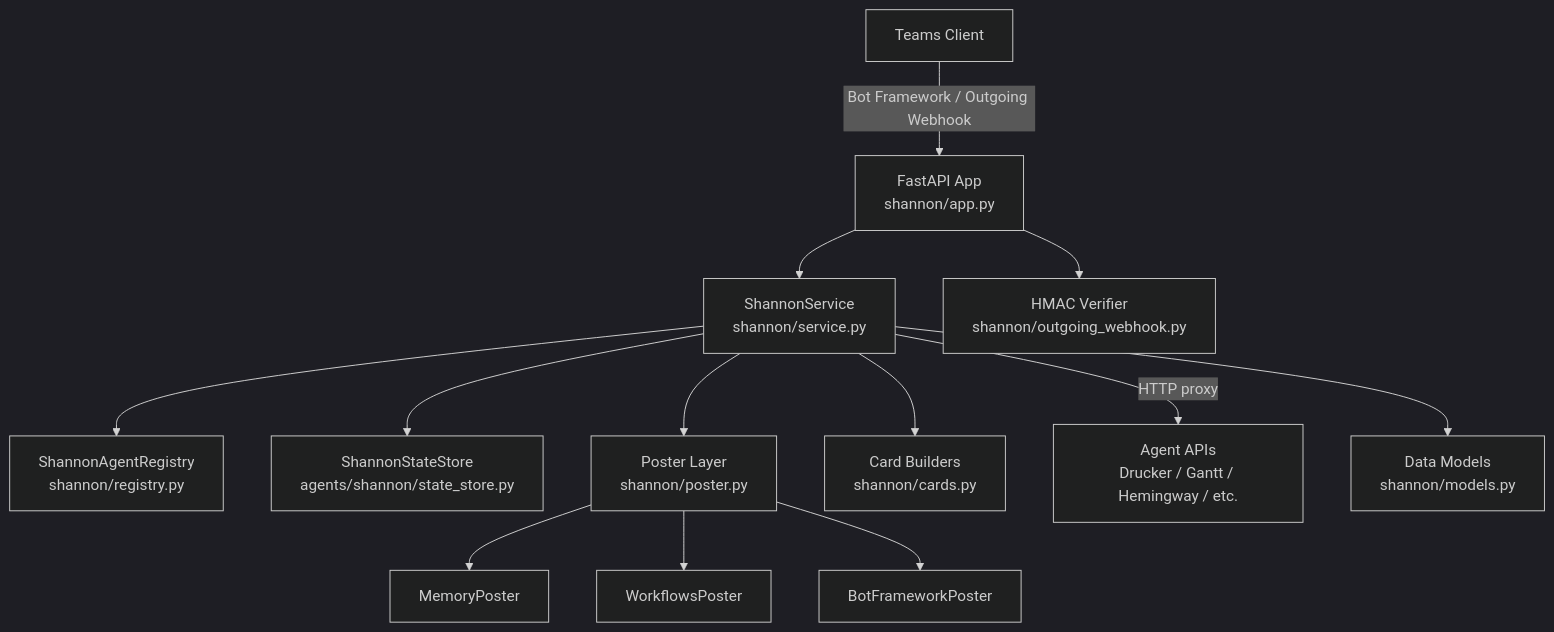
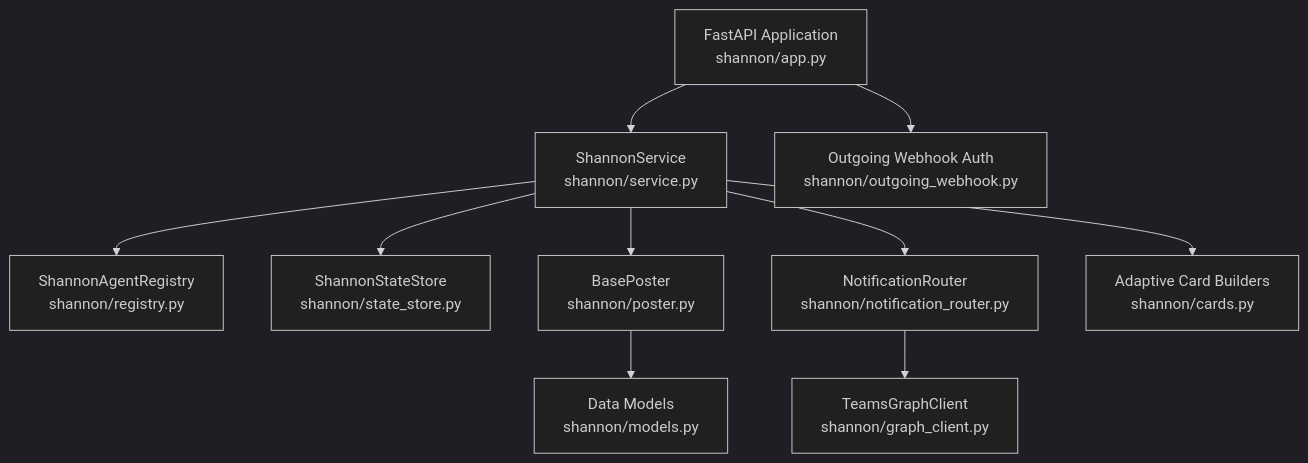
One commit to jmac-cornelis/agent-workforce changed the first of 4 diagrams in agents/shannon/docs/service.md. Above: the diagram before and after it, drawn with Mermaid (dark theme). The commit also changed other lines of this file and 6 other files, not shown here.

````diff
--- a/agents/shannon/docs/service.md
+++ b/agents/shannon/docs/service.md
@@ -25,15 +29,23 @@
 ```mermaid
-graph TD
-    A[Teams Client] -->|Bot Framework / Outgoing Webhook| B[FastAPI App<br>shannon/app.py]
-    B --> C[ShannonService<br>shannon/service.py]
-    C --> D[ShannonAgentRegistry<br>shannon/registry.py]
-    C --> E[ShannonStateStore<br>agents/shannon/state_store.py]
-    C --> F[Poster Layer<br>shannon/poster.py]
-    C --> G[Card Builders<br>shannon/cards.py]
-    C -->|HTTP proxy| H[Agent APIs<br>Drucker / Gantt / Hemingway / etc.]
-    F --> I[MemoryPoster]
-    F --> J[WorkflowsPoster]
-    F --> K[BotFrameworkPoster]
-    B --> L[HMAC Verifier<br>shannon/outgoing_webhook.py]
-    C --> M[Data Models<br>shannon/models.py]
+graph TB
+    FastAPI[FastAPI Application<br/>shannon/app.py]
+    Service[ShannonService<br/>shannon/service.py]
+    Registry[ShannonAgentRegistry<br/>shannon/registry.py]
+    StateStore[ShannonStateStore<br/>shannon/state_store.py]
+    Poster[BasePoster<br/>shannon/poster.py]
+    NotificationRouter[NotificationRouter<br/>shannon/notification_router.py]
+    GraphClient[TeamsGraphClient<br/>shannon/graph_client.py]
+    Cards[Adaptive Card Builders<br/>shannon/cards.py]
+    Models[Data Models<br/>shannon/models.py]
+    OutgoingWebhook[Outgoing Webhook Auth<br/>shannon/outgoing_webhook.py]
+
+    FastAPI --> Service
+    Service --> Registry
+    Service --> StateStore
+    Service --> Poster
+    Service --> NotificationRouter
+    Service --> Cards
+    NotificationRouter --> GraphClient
+    Poster --> Models
+    FastAPI --> OutgoingWebhook
 ```
````
